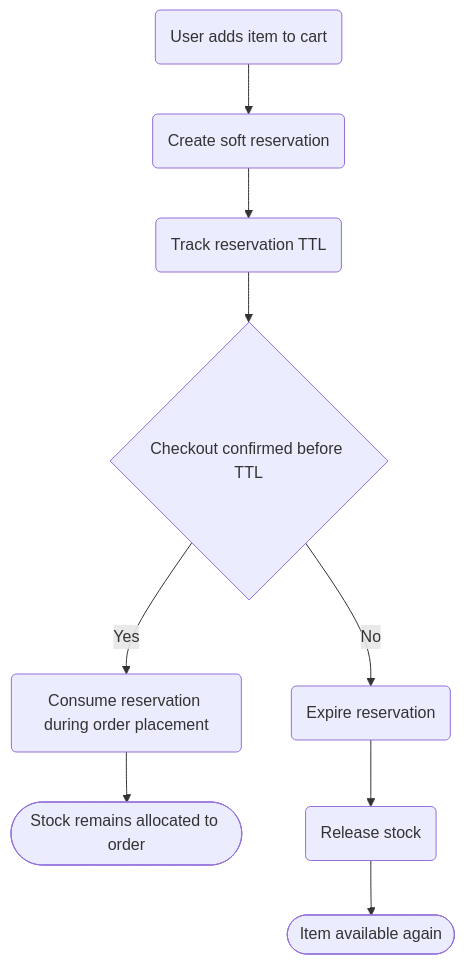
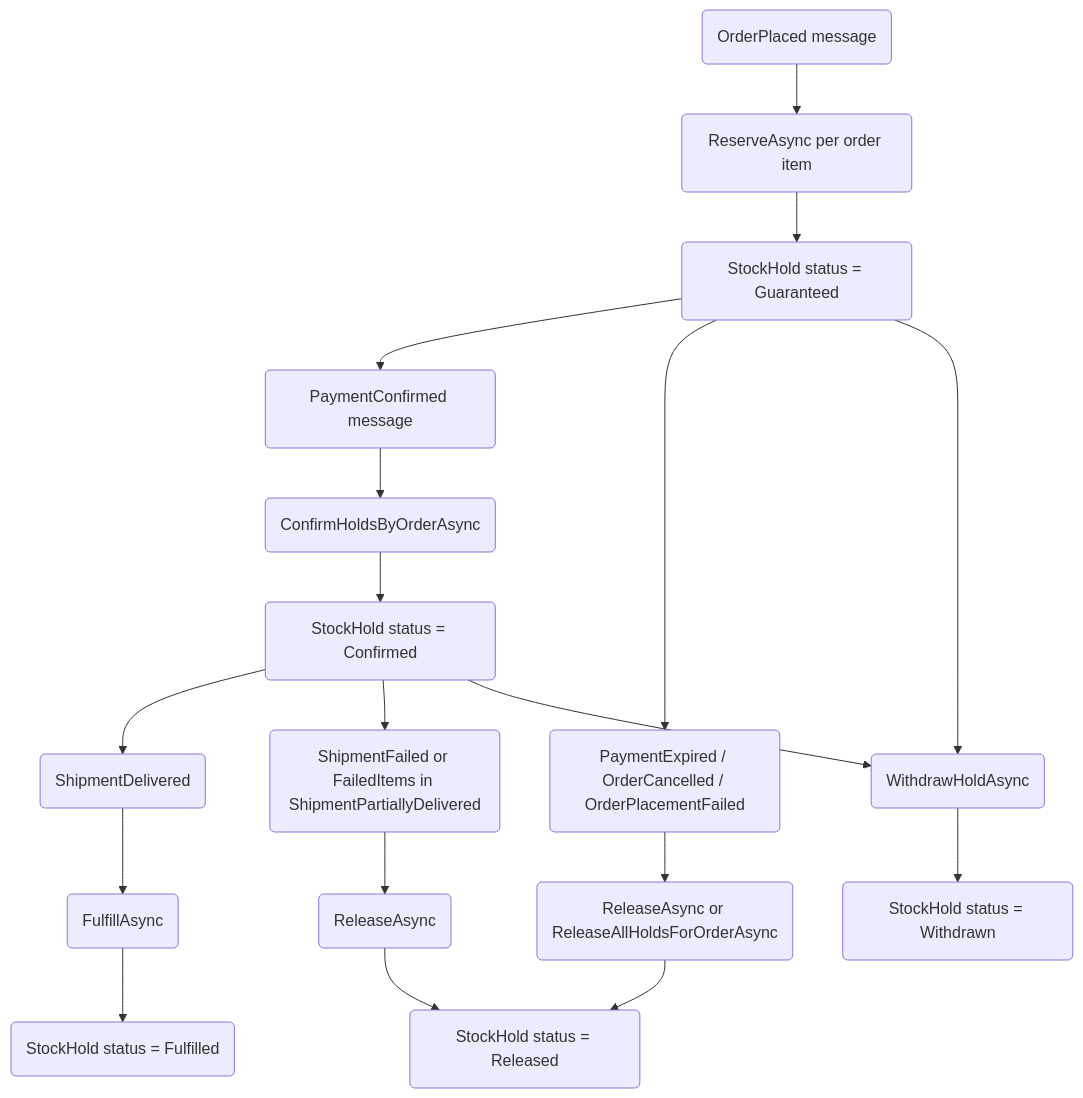
One commit to kwojtasinski-repo/ECommerceApp changed the diagram in assets/diagrams/flows/inventory-reservation-release.md. Above: the diagram before and after it, drawn with Mermaid. The commit also changed other lines of this file and 12 other files, not shown here.

Commit message:
[Docs] Update specification and flows

````diff
--- a/assets/diagrams/flows/inventory-reservation-release.md
+++ b/assets/diagrams/flows/inventory-reservation-release.md
@@ -6,11 +5,25 @@
 ```mermaid
 graph TD
-    A(User adds item to cart) --> B(Create soft reservation)
-    B --> C(Track reservation TTL)
-    C --> D{Checkout confirmed before TTL}
-    D -->|Yes| E(Consume reservation during order placement)
-    D -->|No| F(Expire reservation)
-    E --> G([Stock remains allocated to order])
-    F --> H(Release stock)
-    H --> I([Item available again])
+    A(OrderPlaced message) --> B(ReserveAsync per order item)
+    B --> C(StockHold status = Guaranteed)
+
+    C --> D(PaymentConfirmed message)
+    D --> E(ConfirmHoldsByOrderAsync)
+    E --> F(StockHold status = Confirmed)
+
+    C --> G(PaymentExpired / OrderCancelled / OrderPlacementFailed)
+    G --> H(ReleaseAsync or ReleaseAllHoldsForOrderAsync)
+    H --> I(StockHold status = Released)
+
+    F --> J(ShipmentDelivered)
+    J --> K(FulfillAsync)
+    K --> L(StockHold status = Fulfilled)
+
+    F --> M(ShipmentFailed or FailedItems in ShipmentPartiallyDelivered)
+    M --> N(ReleaseAsync)
+    N --> I
+
+    C --> O(WithdrawHoldAsync)
+    F --> O
+    O --> P(StockHold status = Withdrawn)
 ```
````
